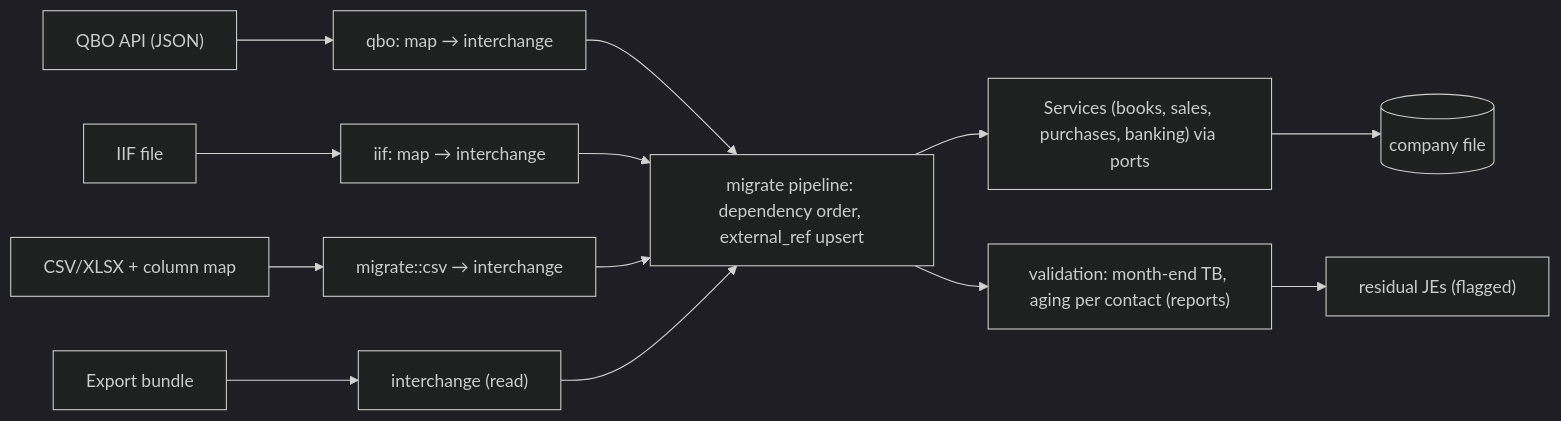
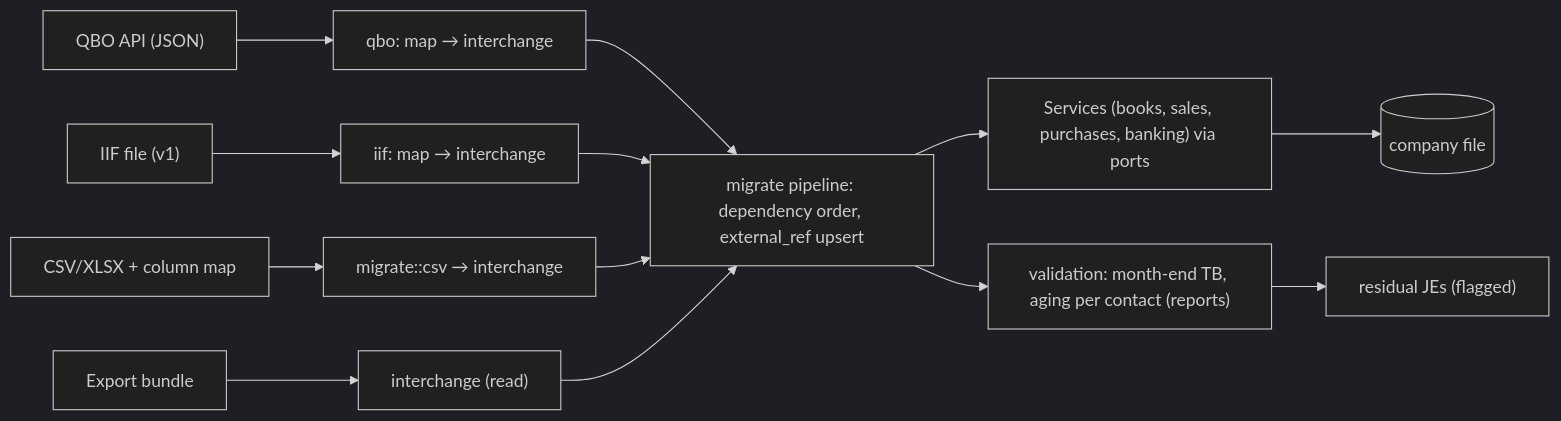
One commit to S0r81/bookscraft changed the sixth of 6 diagrams in docs/architecture/ARCHITECTURE.md. Above: the diagram before and after it, drawn with Mermaid (dark theme). The commit also changed other lines of this file and 10 other files, not shown here.

````diff
--- a/docs/architecture/ARCHITECTURE.md
+++ b/docs/architecture/ARCHITECTURE.md
@@ -367,15 +370,15 @@
 ```mermaid
 flowchart LR
   QBO["QBO API (JSON)"] --> QM["qbo: map → interchange"]
-  IIF["IIF file"] --> IM["iif: map → interchange"]
+  IIF["IIF file (v1)"] --> IM["iif: map → interchange"]
   CSV["CSV/XLSX + column map"] --> CM["migrate::csv → interchange"]
   BUN["Export bundle"] --> IC["interchange (read)"]
   QM --> PIPE
   IM --> PIPE
   CM --> PIPE
   IC --> PIPE
   PIPE["migrate pipeline: dependency order, external_ref upsert"] --> SVCS["Services (books, sales, purchases, banking) via ports"]
   SVCS --> STORE[("company file")]
   PIPE --> VAL["validation: month-end TB, aging per contact (reports)"]
   VAL --> RES["residual JEs (flagged)"]
 ```
````
